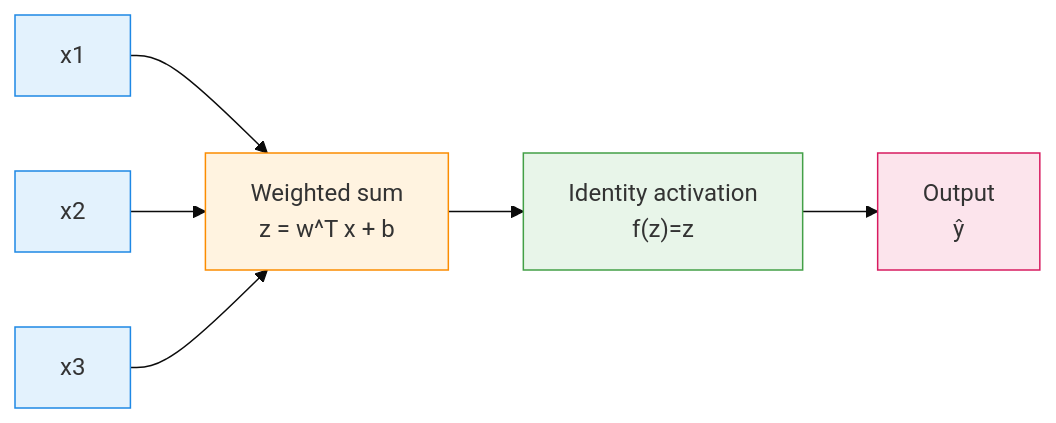
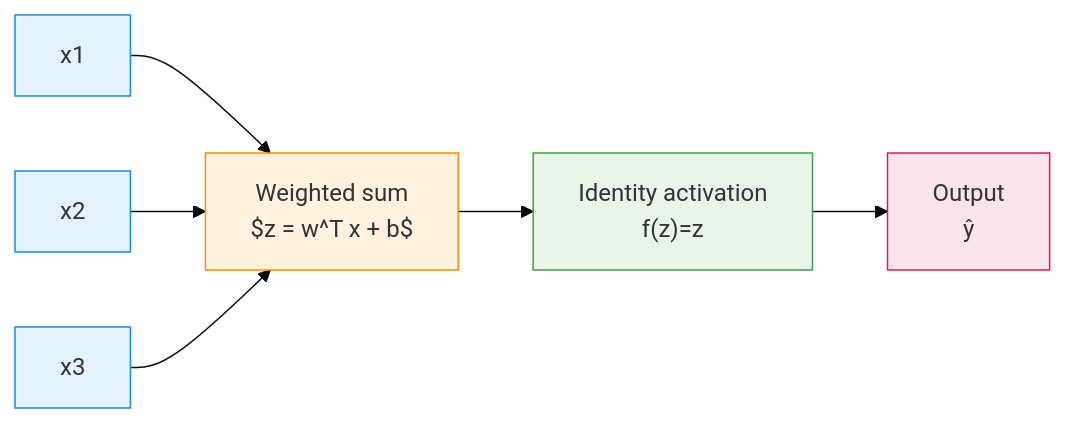
One commit to arshadhs/arshadhs.github.io changed the second of 3 diagrams in content/docs/ai/deep-learning/linear-neural-networks-for-regression.md. Above: the diagram before and after it, drawn with Mermaid (base theme). The commit also changed other lines of this file, not shown here.

```diff
--- a/content/docs/ai/deep-learning/linear-neural-networks-for-regression.md
+++ b/content/docs/ai/deep-learning/linear-neural-networks-for-regression.md
@@ -94,16 +94,16 @@
 {{< mermaid >}}
 flowchart LR
-  X1["x1"] --> S["Weighted sum<br/>z = w^T x + b"]
+  X1["x1"] --> S["Weighted sum<br/>$z = w^T x + b$"]
   X2["x2"] --> S
   X3["x3"] --> S
   S --> A["Identity activation<br/>f(z)=z"]
   A --> Y["Output<br/>ŷ"]
 
   %% Pastel colour scheme
   style X1 fill:#E3F2FD,stroke:#1E88E5,stroke-width:1px
   style X2 fill:#E3F2FD,stroke:#1E88E5,stroke-width:1px
   style X3 fill:#E3F2FD,stroke:#1E88E5,stroke-width:1px
   style S  fill:#FFF3E0,stroke:#FB8C00,stroke-width:1px
   style A  fill:#E8F5E9,stroke:#43A047,stroke-width:1px
   style Y  fill:#FCE4EC,stroke:#D81B60,stroke-width:1px
 {{< /mermaid >}}
```
